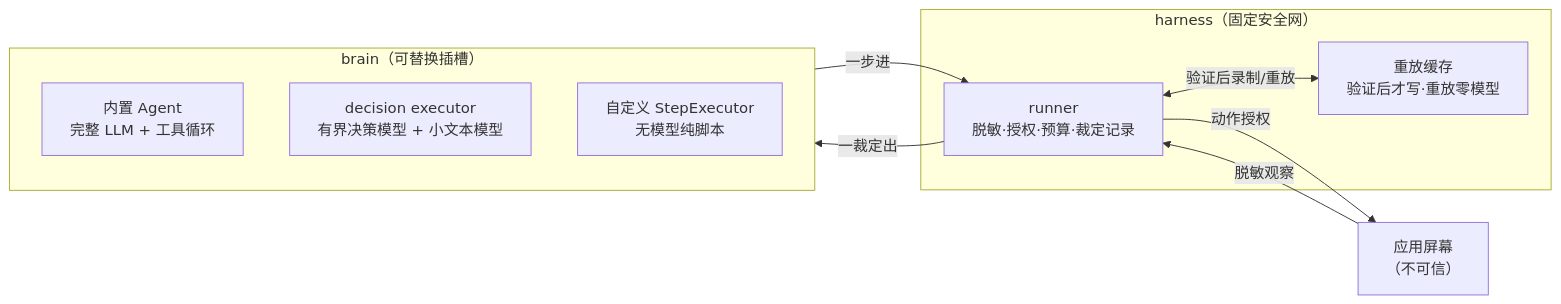
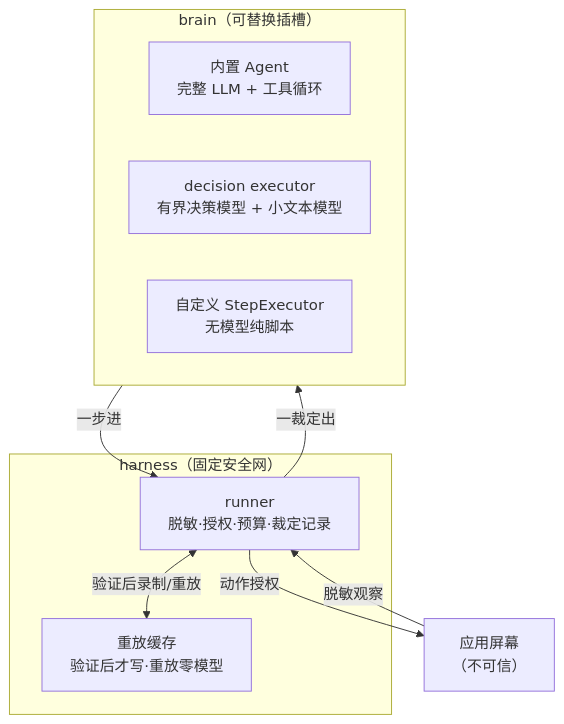
Before and after one commit to xsoway/xsoway.github.io: the diagram in src/content/articles/2026-10-21-e2e解读：让AI去跑E2E测试，还要它可复现、可控成本、不泄密-cadd0188.md, drawn with Mermaid. The commit also changed 3 other files, not shown here.

````diff
--- a/src/content/articles/2026-10-21-e2e解读：让AI去跑E2E测试，还要它可复现、可控成本、不泄密-cadd0188.md
+++ b/src/content/articles/2026-10-21-e2e解读：让AI去跑E2E测试，还要它可复现、可控成本、不泄密-cadd0188.md
@@ -133,17 +133,17 @@
 ```mermaid
-flowchart LR
+flowchart TD
     subgraph H["harness（固定安全网）"]
         R["runner<br/>脱敏·授权·预算·裁定记录"]
         C["重放缓存<br/>验证后才写·重放零模型"]
     end
     subgraph B["brain（可替换插槽）"]
         A["内置 Agent<br/>完整 LLM + 工具循环"]
         D["decision executor<br/>有界决策模型 + 小文本模型"]
         S["自定义 StepExecutor<br/>无模型纯脚本"]
     end
     E["应用屏幕<br/>（不可信）"] -->|脱敏观察| R
     R -->|动作授权| E
     B -->|一步进| R
     R -->|一裁定出| B
     R <-->|验证后录制/重放| C
 ```
````
